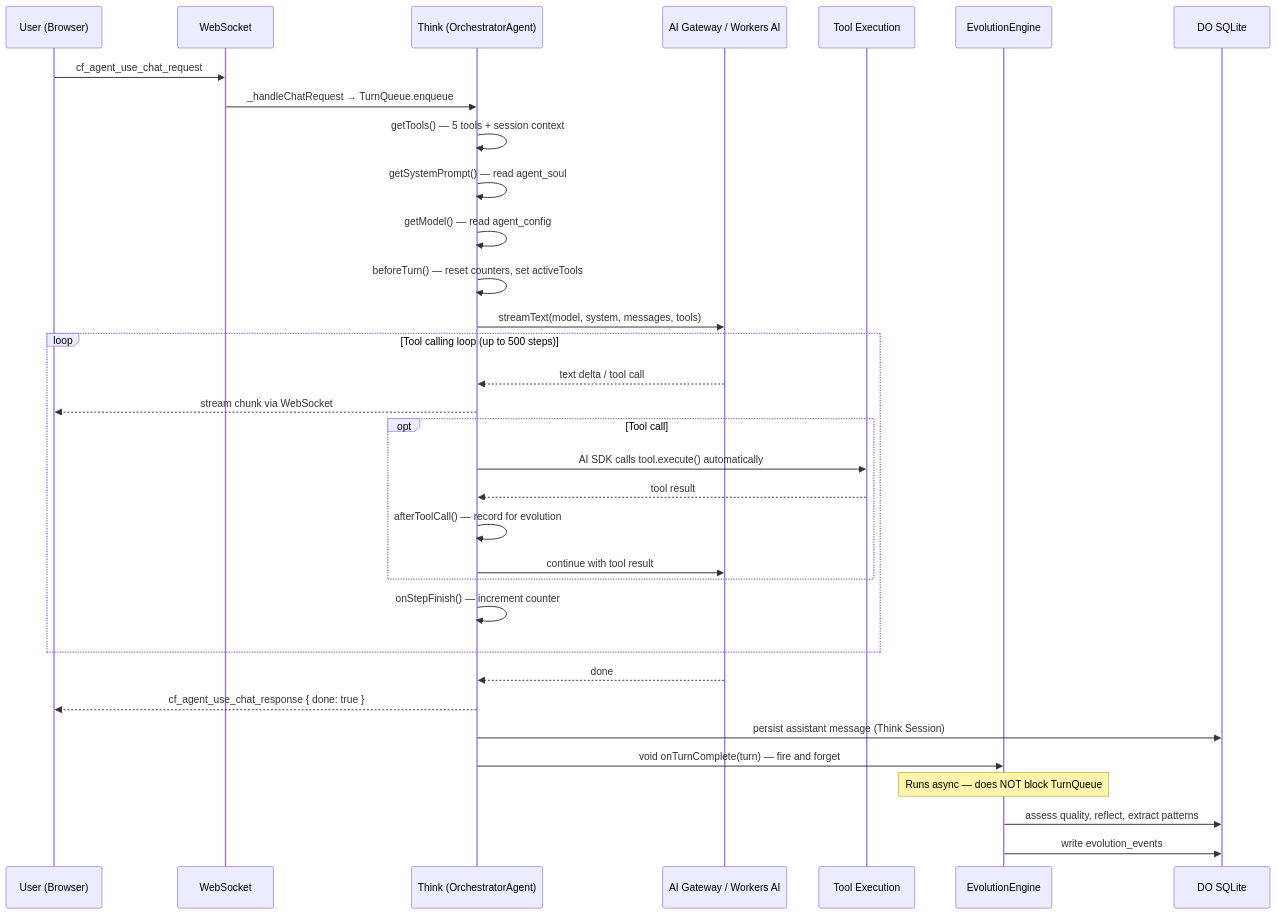
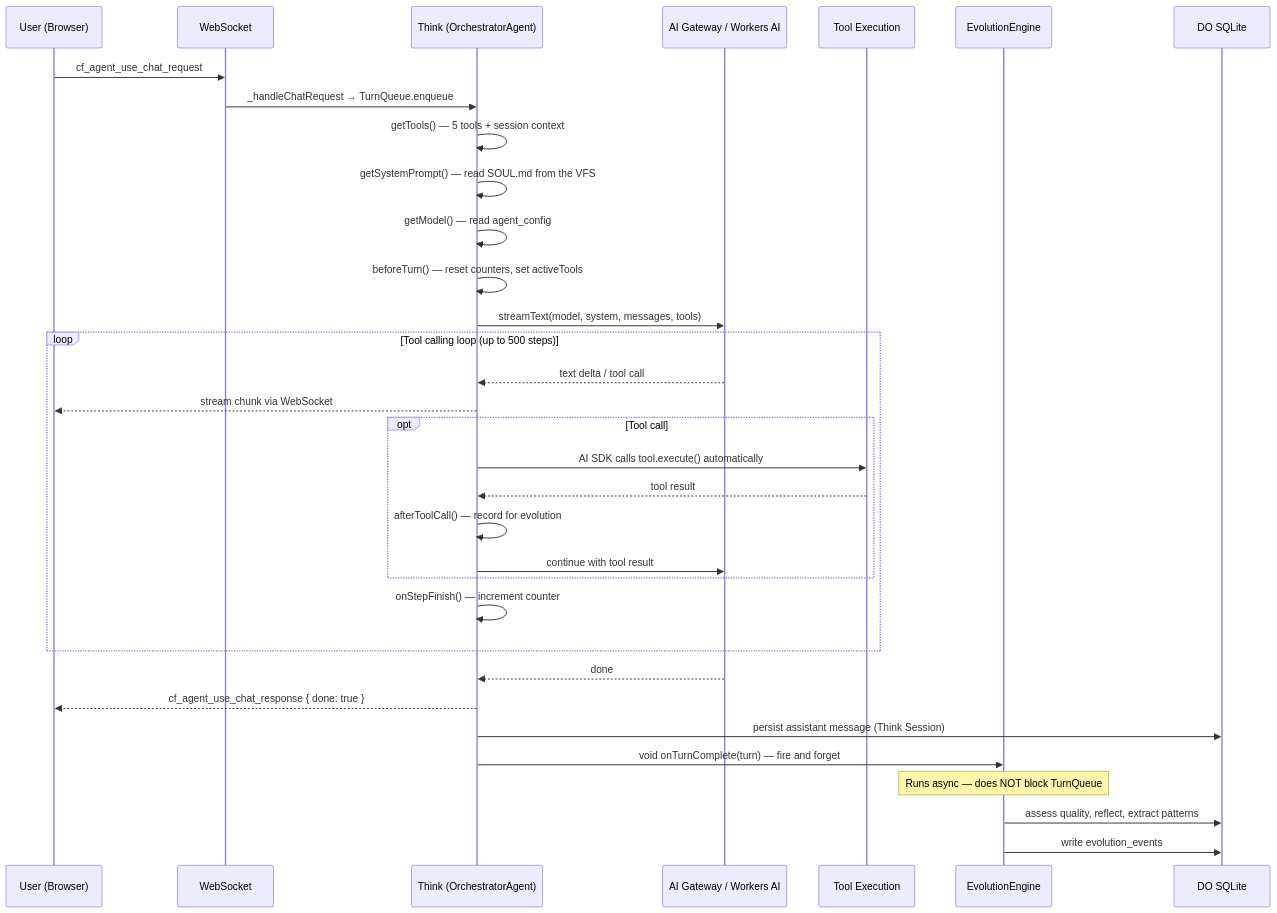
One commit to AshishKumar4/Proteus changed the first of 3 diagrams in docs/ARCHITECTURE.md. Above: the diagram before and after it, drawn with Mermaid. The commit also changed other lines of this file and 56 other files, not shown here.

````diff
--- a/docs/ARCHITECTURE.md
+++ b/docs/ARCHITECTURE.md
@@ -73,36 +75,36 @@
 ```mermaid
 sequenceDiagram
     participant U as User (Browser)
     participant WS as WebSocket
     participant T as Think (OrchestratorAgent)
     participant LLM as AI Gateway / Workers AI
     participant Tools as Tool Execution
     participant Evo as EvolutionEngine
     participant DB as DO SQLite
 
     U->>WS: cf_agent_use_chat_request
     WS->>T: _handleChatRequest → TurnQueue.enqueue
     T->>T: getTools() — 5 tools + session context
-    T->>T: getSystemPrompt() — read agent_soul
+    T->>T: getSystemPrompt() — read SOUL.md from the VFS
     T->>T: getModel() — read agent_config
     T->>T: beforeTurn() — reset counters, set activeTools
     T->>LLM: streamText(model, system, messages, tools)
     loop Tool calling loop (up to 500 steps)
         LLM-->>T: text delta / tool call
         T-->>U: stream chunk via WebSocket
         opt Tool call
             T->>Tools: AI SDK calls tool.execute() automatically
             Tools-->>T: tool result
             T->>T: afterToolCall() — record for evolution
             T->>LLM: continue with tool result
         end
         T->>T: onStepFinish() — increment counter
     end
     LLM-->>T: done
     T-->>U: cf_agent_use_chat_response { done: true }
     T->>DB: persist assistant message (Think Session)
     T->>Evo: void onTurnComplete(turn) — fire and forget
     Note over Evo: Runs async — does NOT block TurnQueue
     Evo->>DB: assess quality, reflect, extract patterns
     Evo->>DB: write evolution_events
 ```
````
